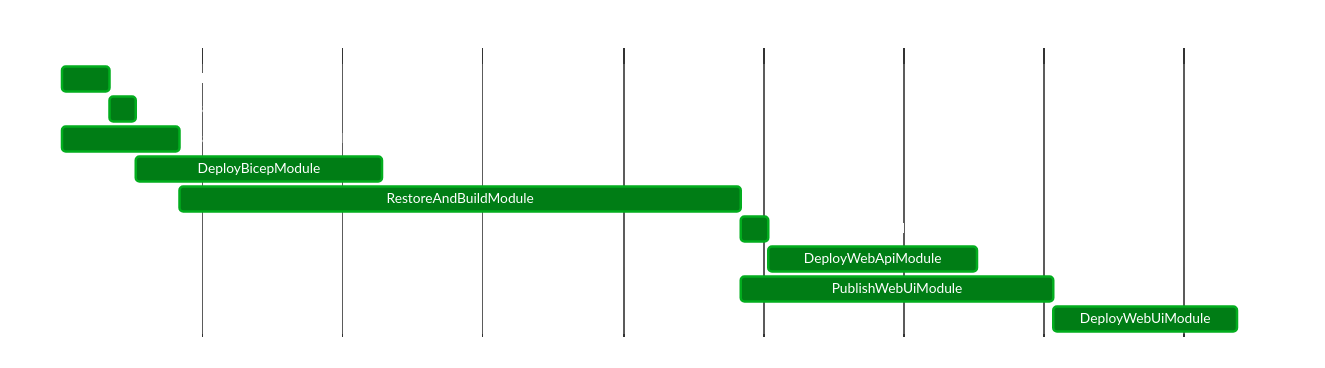
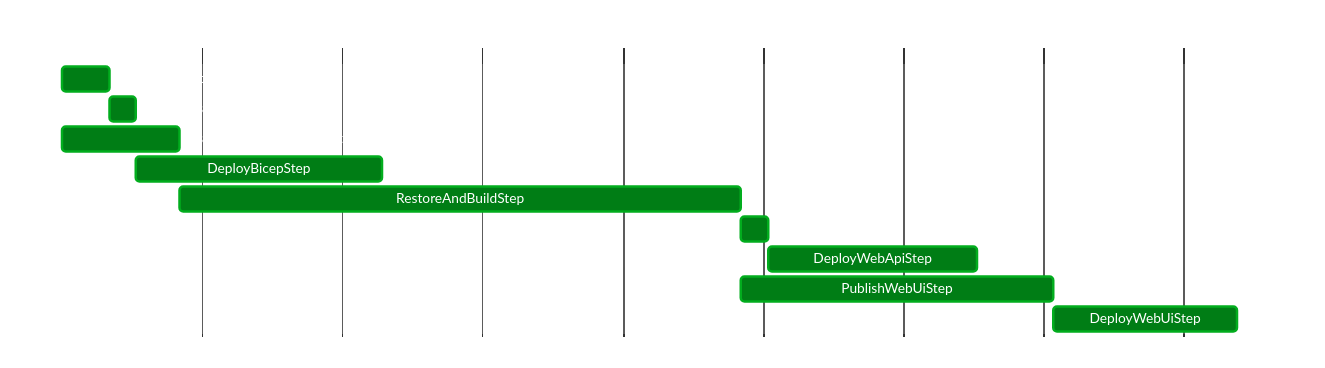
One commit to MattParkerDev/ParallelPipelines changed the diagram in README.md. Above: the diagram before and after it, drawn with Mermaid. The commit also changed other lines of this file and 37 other files, not shown here.

````diff
--- a/README.md
+++ b/README.md
@@ -47,33 +47,33 @@
 ```mermaid
 ---
 config:
   theme: base
   themeVariables:
     primaryColor: "#007d15"
     primaryTextColor: "#fff"
     primaryBorderColor: "#02ad1e"
     lineColor: "#F8B229"
     secondaryColor: "#006100"
     tertiaryColor: "#fff"
     darkmode: "true"
     titleColor: "#fff"
   gantt:
     leftPadding: 40
     rightPadding: 120
 ---
 
 gantt
 	dateFormat  mm:ss:SSS
 	title       Run Summary
 	axisFormat %M:%S
 
-InstallSwaCliModule : 00:00:005, 00:10:118
-CreateResourceGroupModule : 00:10:119, 00:15:735
-InstallDotnetWasmToolsModule : 00:00:005, 00:25:225
-DeployBicepModule : 00:15:737, 01:08:598
-RestoreAndBuildModule : 00:25:228, 02:25:285
-PublishWebApiModule : 02:25:285, 02:31:148
-DeployWebApiModule : 02:31:148, 03:15:925
-PublishWebUiModule : 02:25:287, 03:32:122
-DeployWebUiModule : 03:32:122, 04:11:427
+InstallSwaCliStep : 00:00:005, 00:10:118
+CreateResourceGroupStep : 00:10:119, 00:15:735
+InstallDotnetWasmToolsStep : 00:00:005, 00:25:225
+DeployBicepStep : 00:15:737, 01:08:598
+RestoreAndBuildStep : 00:25:228, 02:25:285
+PublishWebApiStep : 02:25:285, 02:31:148
+DeployWebApiStep : 02:31:148, 03:15:925
+PublishWebUiStep : 02:25:287, 03:32:122
+DeployWebUiStep : 03:32:122, 04:11:427
 ```
````
